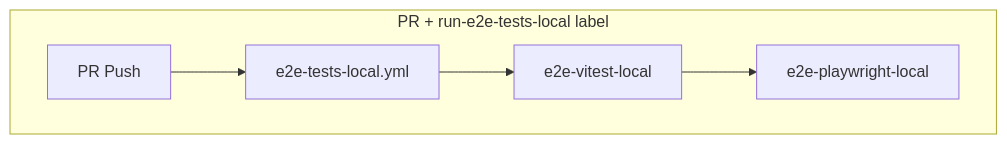
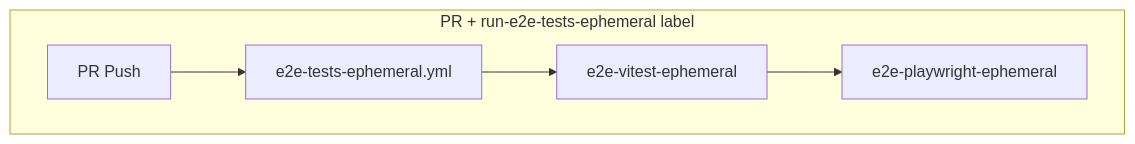
Before and after one commit to arunnadarasa/keeperhubarc: the second of 5 diagrams in docs/testing/README.md, drawn with Mermaid. The commit also changed other lines of this file, not shown here.

First line of the commit message:
docs: KEEP-1351 fix stale local references to use ephemeral naming

````diff
--- a/docs/testing/README.md
+++ b/docs/testing/README.md
@@ -69,8 +69,8 @@
 ```mermaid
 graph TD
-    subgraph "PR + run-e2e-tests-local label"
-        A[PR Push] --> B[e2e-tests-local.yml]
-        B --> C[e2e-vitest-local]
-        C --> D[e2e-playwright-local]
+    subgraph "PR + run-e2e-tests-ephemeral label"
+        A[PR Push] --> B[e2e-tests-ephemeral.yml]
+        B --> C[e2e-vitest-ephemeral]
+        C --> D[e2e-playwright-ephemeral]
     end
 ```
````
